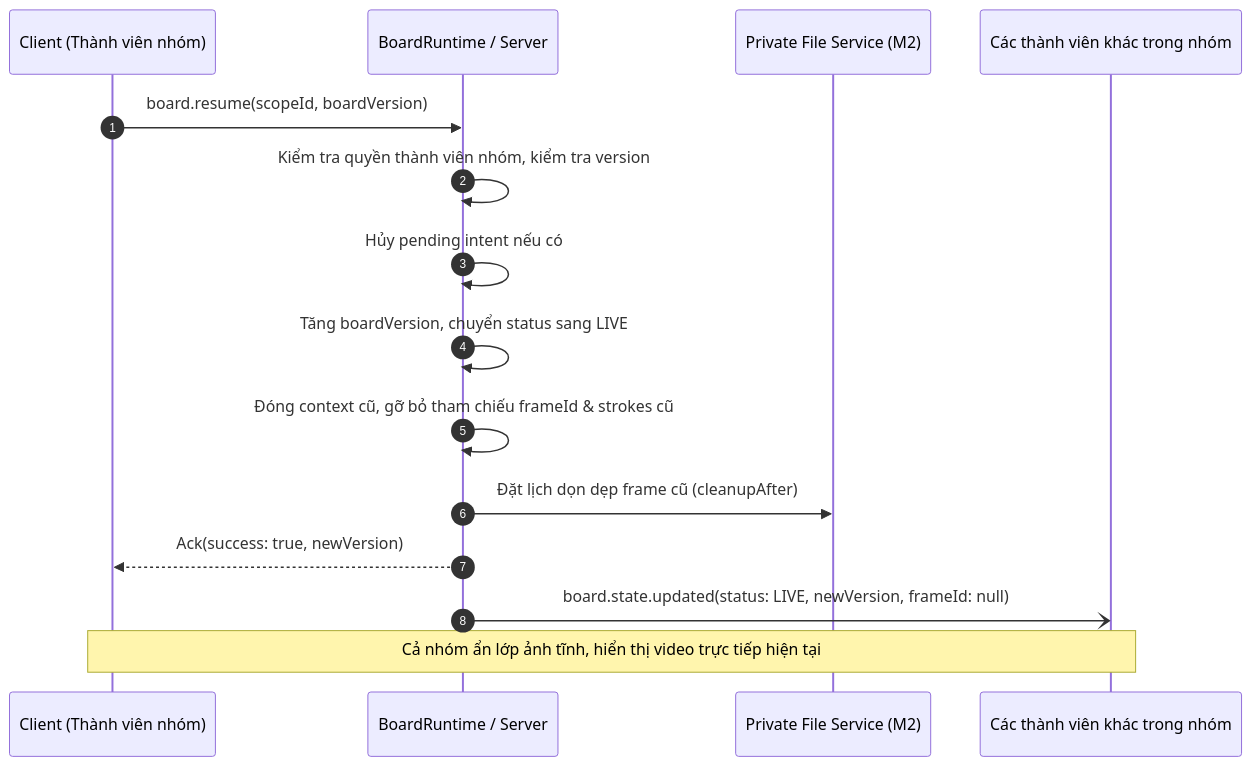
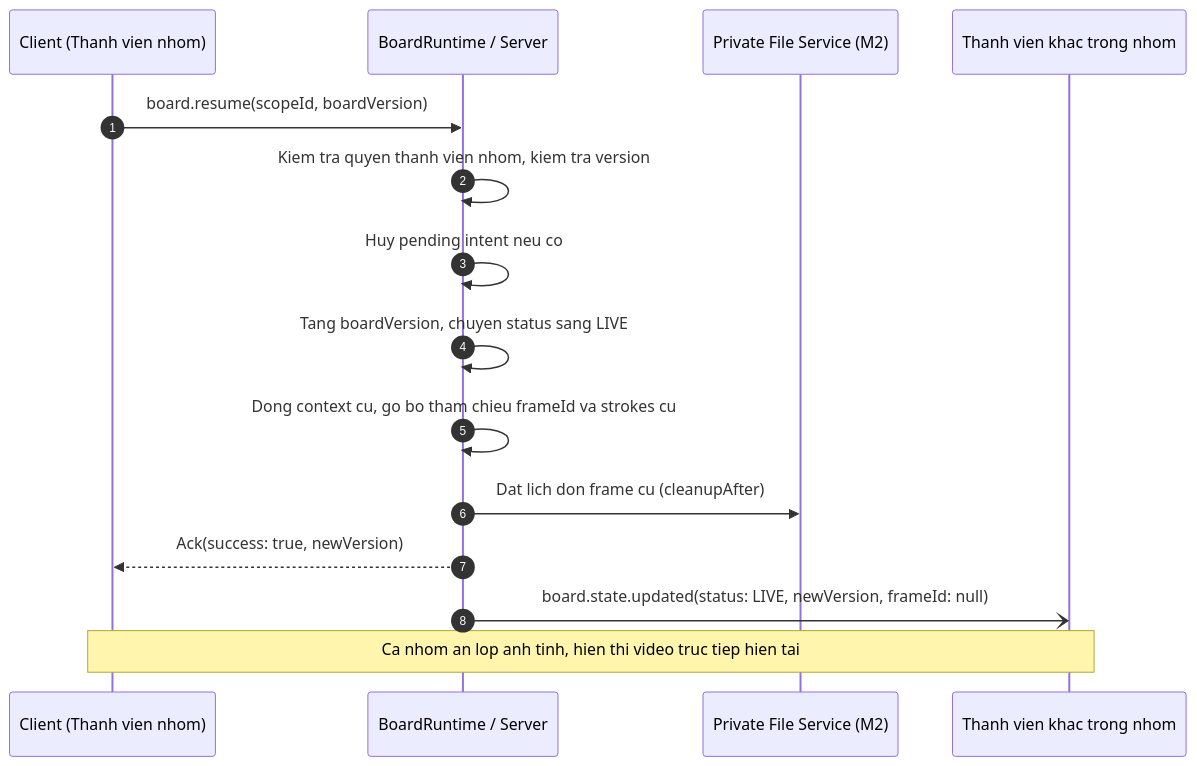
Before and after one commit to Lightning1507/CoLearnia: the sixth of 13 diagrams in docs/proposals/m5-board.md, drawn with Mermaid. The commit also changed other lines of this file, not shown here.

Commit message:
docs(board): enhance proposal with state machines, matrices, and glossary

````diff
--- a/docs/proposals/m5-board.md
+++ b/docs/proposals/m5-board.md
@@ -425,18 +620,18 @@
 ```mermaid
 sequenceDiagram
   autonumber
-  participant C as Client (Thành viên nhóm)
+  participant C as Client (Thanh vien nhom)
   participant S as BoardRuntime / Server
   participant F as Private File Service (M2)
-  participant G as Các thành viên khác trong nhóm
+  participant G as Thanh vien khac trong nhom
 
   C->>S: board.resume(scopeId, boardVersion)
-  S->>S: Kiểm tra quyền thành viên nhóm, kiểm tra version
-  S->>S: Hủy pending intent nếu có
-  S->>S: Tăng boardVersion, chuyển status sang LIVE
-  S->>S: Đóng context cũ, gỡ bỏ tham chiếu frameId & strokes cũ
-  S->>F: Đặt lịch dọn dẹp frame cũ (cleanupAfter)
+  S->>S: Kiem tra quyen thanh vien nhom, kiem tra version
+  S->>S: Huy pending intent neu co
+  S->>S: Tang boardVersion, chuyen status sang LIVE
+  S->>S: Dong context cu, go bo tham chieu frameId va strokes cu
+  S->>F: Dat lich don frame cu (cleanupAfter)
   S-->>C: Ack(success: true, newVersion)
   S-)G: board.state.updated(status: LIVE, newVersion, frameId: null)
-  Note over C,G: Cả nhóm ẩn lớp ảnh tĩnh, hiển thị video trực tiếp hiện tại
+  Note over C,G: Ca nhom an lop anh tinh, hien thi video truc tiep hien tai
 ```
````
